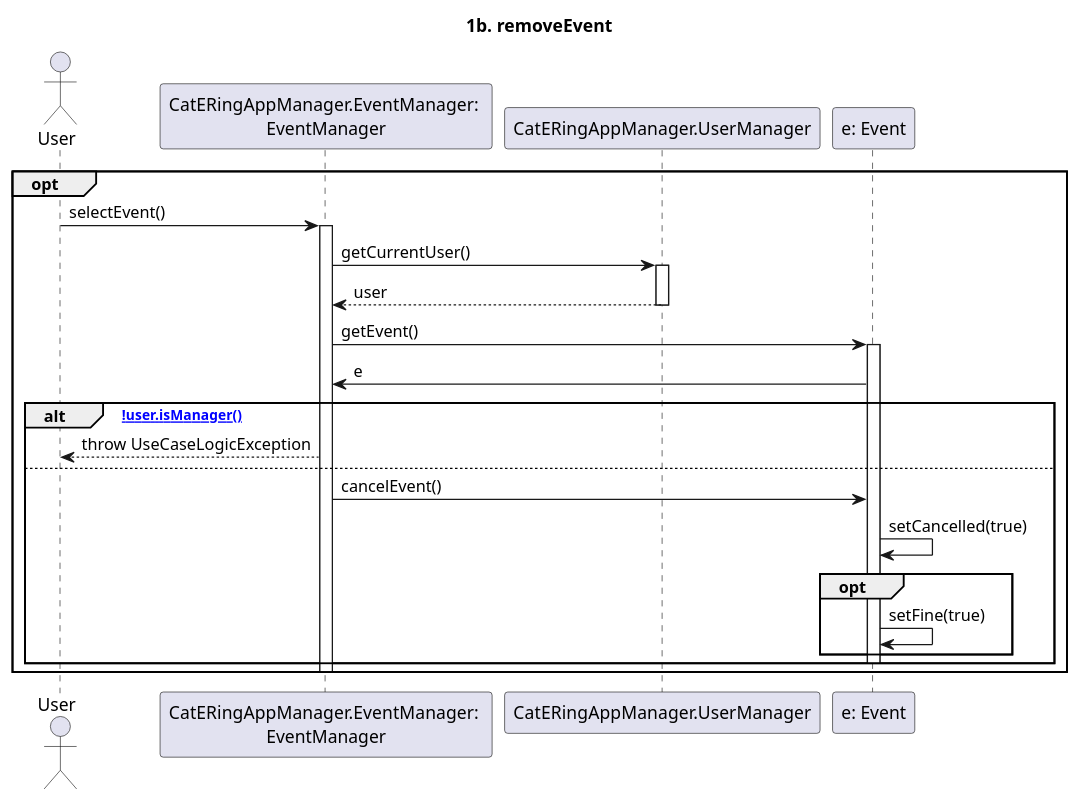
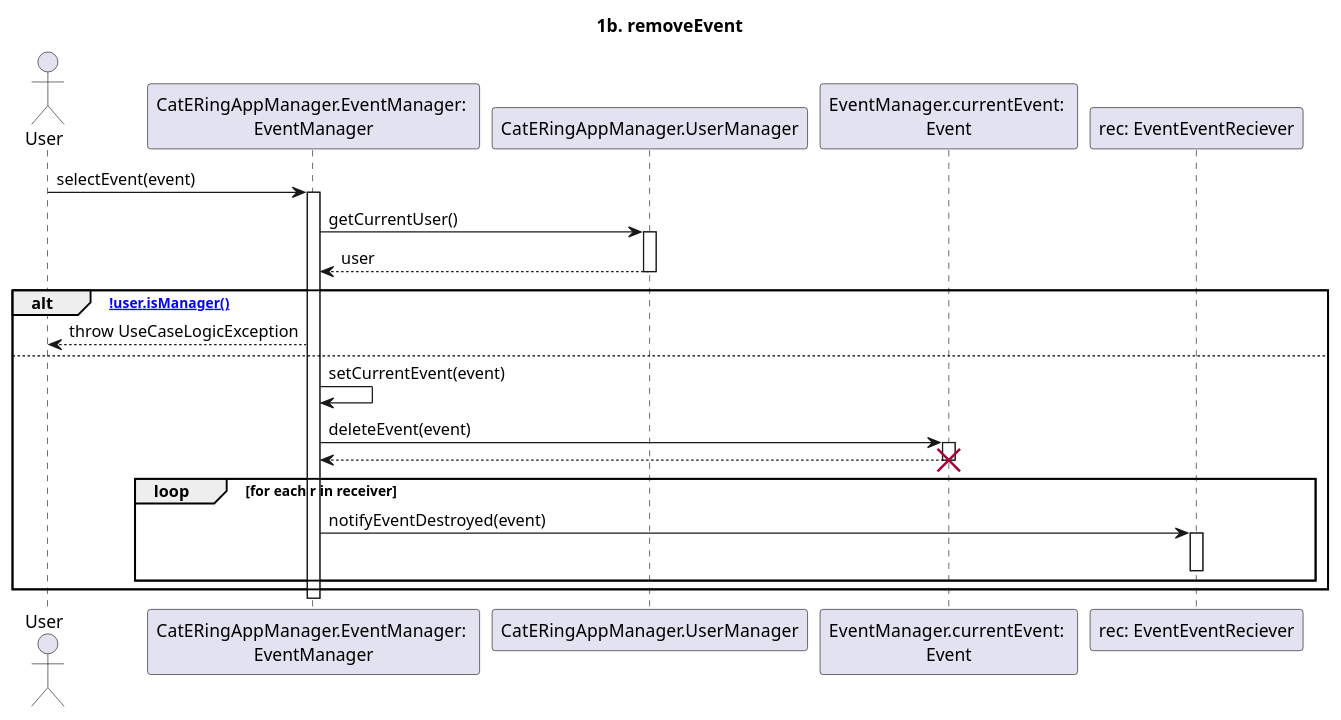
The diagram in dsd/dsd-eventi/estensioniEcc/1b-removeEvent.md (m0canu1/sas), drawn with PlantUML before and after one commit. The commit also changed other lines of this file and 7 other files, not shown here.

````diff
--- a/dsd/dsd-eventi/estensioniEcc/1b-removeEvent.md
+++ b/dsd/dsd-eventi/estensioniEcc/1b-removeEvent.md
@@ -1,35 +1,36 @@
 ```plantuml
 
 title: 1b. removeEvent
 
 Actor  User
 Participant "CatERingAppManager.EventManager: \nEventManager"  as EM
 Participant "CatERingAppManager.UserManager" as UM
+Participant "EventManager.currentEvent: \nEvent" as CE
+Participant "rec: EventEventReciever" as EER
 
-opt
-	User -> EM: selectEvent()
-	Activate EM
+User -> EM: selectEvent(event)
+Activate EM
 
-	EM -> UM: getCurrentUser()
-	Activate UM
-	    
-	UM --> EM: user
-	Deactivate UM
+EM -> UM: getCurrentUser()
+Activate UM
+UM --> EM: user
+Deactivate UM
 
-	EM -> "e: Event": getEvent()
-	Activate "e: Event"
-	"e: Event" -> EM: e
+alt [!user.isManager()]
+    EM --> User: throw UseCaseLogicException
+else
+    EM -> EM: setCurrentEvent(event)
+		EM -> CE: deleteEvent(event)
+		Activate CE
+		CE --> EM:
+		Deactivate CE
+		destroy CE
+		loop for each r in receiver
+        EM -> EER: notifyEventDestroyed(event)
+        Activate EER
+        Deactivate EER
+    end
+end
+Deactivate EM
 
-	alt [!user.isManager()]
-	    EM --> User: throw UseCaseLogicException
-	else
-	    EM -> "e: Event": cancelEvent()
-	    "e: Event" -> "e: Event": setCancelled(true)
-	    opt 
-	    	"e: Event" -> "e: Event": setFine(true)
-	    end
-		Deactivate "e: Event"
-	end
-	Deactivate EM
-end
 ```
````
